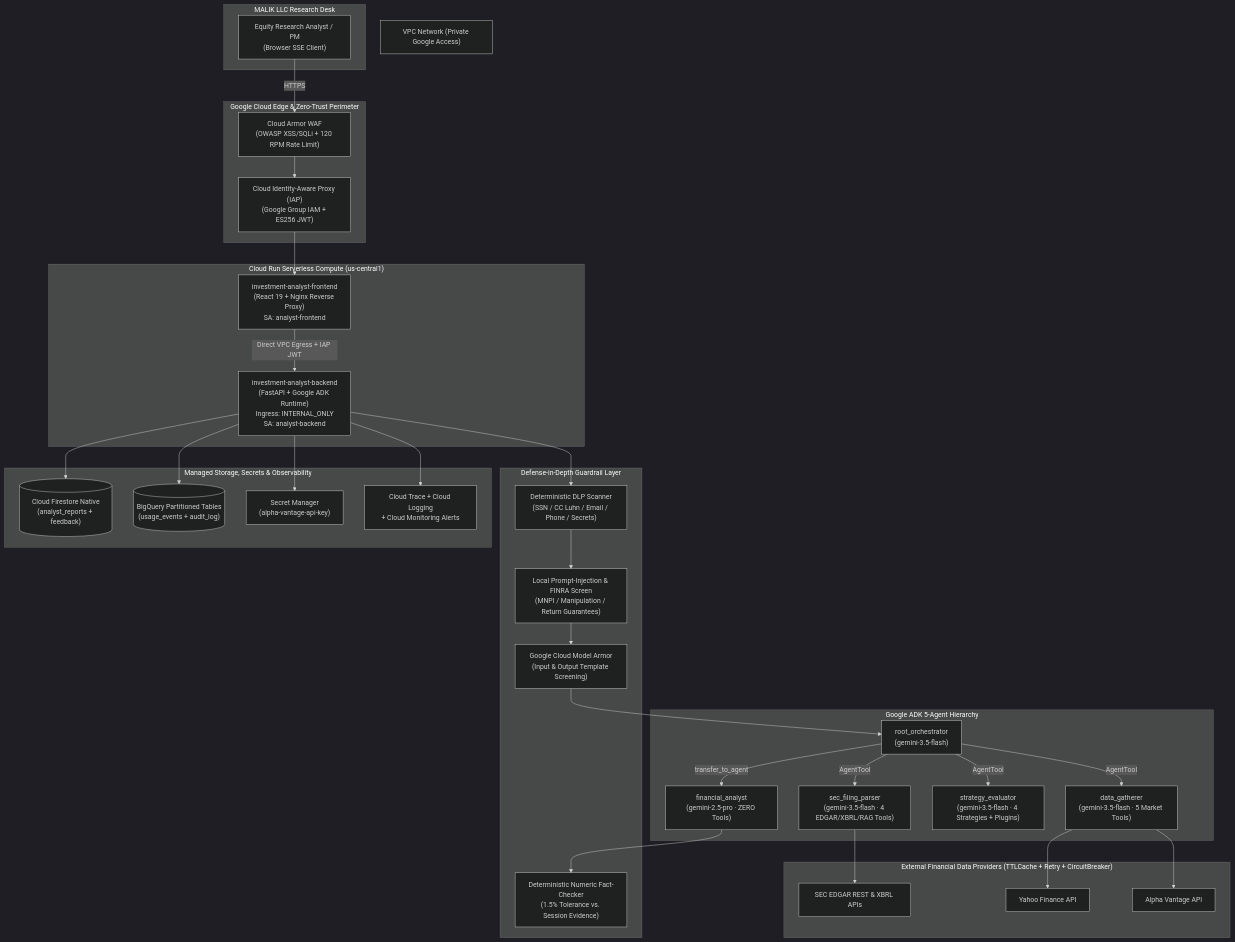
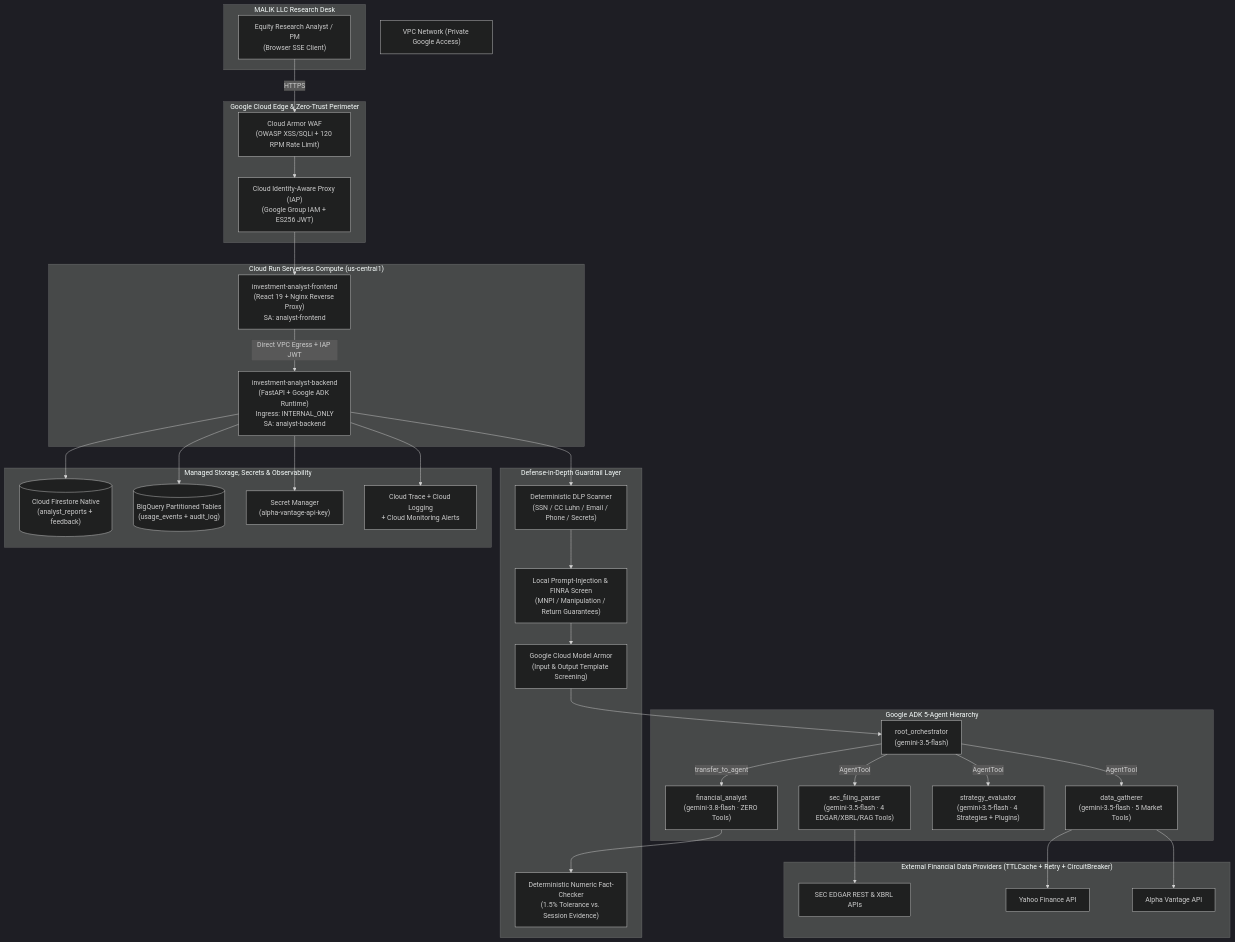
One commit to usaidhmalik-google/investment-analyst changed the first of 5 diagrams in docs/ARCHITECTURE.md. Above: the diagram before and after it, drawn with Mermaid (dark theme). The commit also changed 40 other files, not shown here.

````diff
--- a/docs/ARCHITECTURE.md
+++ b/docs/ARCHITECTURE.md
@@ -14,57 +14,57 @@
 ```mermaid
 flowchart TB
     subgraph Users["MALIK LLC Research Desk"]
         Analyst["Equity Research Analyst / PM\n(Browser SSE Client)"]
     end
 
     subgraph Edge["Google Cloud Edge & Zero-Trust Perimeter"]
         WAF["Cloud Armor WAF\n(OWASP XSS/SQLi + 120 RPM Rate Limit)"]
         IAP["Cloud Identity-Aware Proxy (IAP)\n(Google Group IAM + ES256 JWT)"]
     end
 
     subgraphVPC["VPC Network (Private Google Access)"]
     subgraph CloudRun["Cloud Run Serverless Compute (us-central1)"]
         FE["investment-analyst-frontend\n(React 19 + Nginx Reverse Proxy)\nSA: analyst-frontend"]
         BE["investment-analyst-backend\n(FastAPI + Google ADK Runtime)\nIngress: INTERNAL_ONLY\nSA: analyst-backend"]
     end
 
     subgraph Guardrails["Defense-in-Depth Guardrail Layer"]
         DLP["Deterministic DLP Scanner\n(SSN / CC Luhn / Email / Phone / Secrets)"]
         RegexScreen["Local Prompt-Injection & FINRA Screen\n(MNPI / Manipulation / Return Guarantees)"]
         Armor["Google Cloud Model Armor\n(Input & Output Template Screening)"]
         FactCheck["Deterministic Numeric Fact-Checker\n(1.5% Tolerance vs. Session Evidence)"]
     end
 
     subgraph ADK["Google ADK 5-Agent Hierarchy"]
         Orch["root_orchestrator\n(gemini-3.5-flash)"]
         DG["data_gatherer\n(gemini-3.5-flash · 5 Market Tools)"]
         SEC["sec_filing_parser\n(gemini-3.5-flash · 4 EDGAR/XBRL/RAG Tools)"]
         SE["strategy_evaluator\n(gemini-3.5-flash · 4 Strategies + Plugins)"]
-        FA["financial_analyst\n(gemini-2.5-pro · ZERO Tools)"]
+        FA["financial_analyst\n(gemini-3.8-flash · ZERO Tools)"]
     end
 
     subgraph Data["Managed Storage, Secrets & Observability"]
         FS[("Cloud Firestore Native\n(analyst_reports + feedback)")]
         BQ[("BigQuery Partitioned Tables\n(usage_events + audit_log)")]
         SM["Secret Manager\n(alpha-vantage-api-key)"]
         Otel["Cloud Trace + Cloud Logging\n+ Cloud Monitoring Alerts"]
     end
 
     subgraph External["External Financial Data Providers (TTLCache + Retry + CircuitBreaker)"]
         EDGAR["SEC EDGAR REST & XBRL APIs"]
         YF["Yahoo Finance API"]
         AV["Alpha Vantage API"]
     end
 
     Analyst -->|HTTPS| WAF --> IAP --> FE
     FE -->|Direct VPC Egress + IAP JWT| BE
     BE --> DLP --> RegexScreen --> Armor --> Orch
     Orch -->|AgentTool| DG
     Orch -->|AgentTool| SEC
     Orch -->|AgentTool| SE
     Orch -->|transfer_to_agent| FA
     FA --> FactCheck
     DG --> YF & AV
     SEC --> EDGAR
     BE --> FS & BQ & SM & Otel
 ```
````
